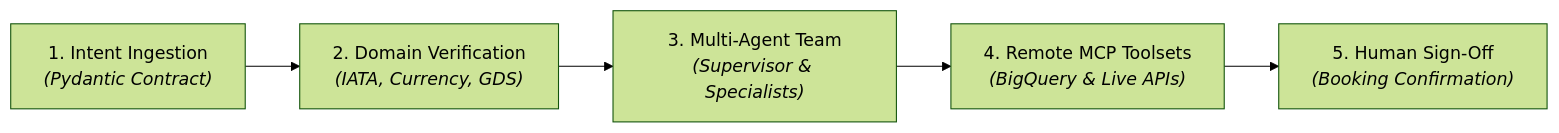
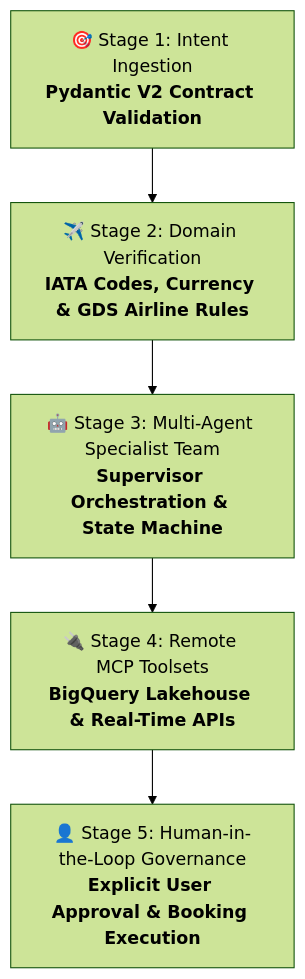
The third of 3 diagrams in content/english/blog/gemini-agent-platform-express-mode-bootstrapping-offvia.md (tharun15/gcloudcafe), drawn with Mermaid (forest theme) before and after one commit. The commit also changed other lines of this file and 1 other file, not shown here.

Commit message:
feat(blog): optimize Mermaid layout with vertical stacking and large crisp typography

````diff
--- a/content/english/blog/gemini-agent-platform-express-mode-bootstrapping-offvia.md
+++ b/content/english/blog/gemini-agent-platform-express-mode-bootstrapping-offvia.md
@@ -338,7 +342,10 @@
 ```mermaid
-flowchart LR
-    S1["1. Intent Ingestion<br/><i>(Pydantic Contract)</i>"] --> S2["2. Domain Verification<br/><i>(IATA, Currency, GDS)</i>"]
-    S2 --> S3["3. Multi-Agent Team<br/><i>(Supervisor & Specialists)</i>"]
-    S3 --> S4["4. Remote MCP Toolsets<br/><i>(BigQuery & Live APIs)</i>"]
-    S4 --> S5["5. Human Sign-Off<br/><i>(Booking Confirmation)</i>"]
+flowchart TD
+    S1["🎯 Stage 1: Intent Ingestion<br/><b>Pydantic V2 Contract Validation</b>"]
+    S2["✈️ Stage 2: Domain Verification<br/><b>IATA Codes, Currency & GDS Airline Rules</b>"]
+    S3["🤖 Stage 3: Multi-Agent Specialist Team<br/><b>Supervisor Orchestration & State Machine</b>"]
+    S4["🔌 Stage 4: Remote MCP Toolsets<br/><b>BigQuery Lakehouse & Real-Time APIs</b>"]
+    S5["👤 Stage 5: Human-in-the-Loop Governance<br/><b>Explicit User Approval & Booking Execution</b>"]
+
+    S1 --> S2 --> S3 --> S4 --> S5
 ```
````
